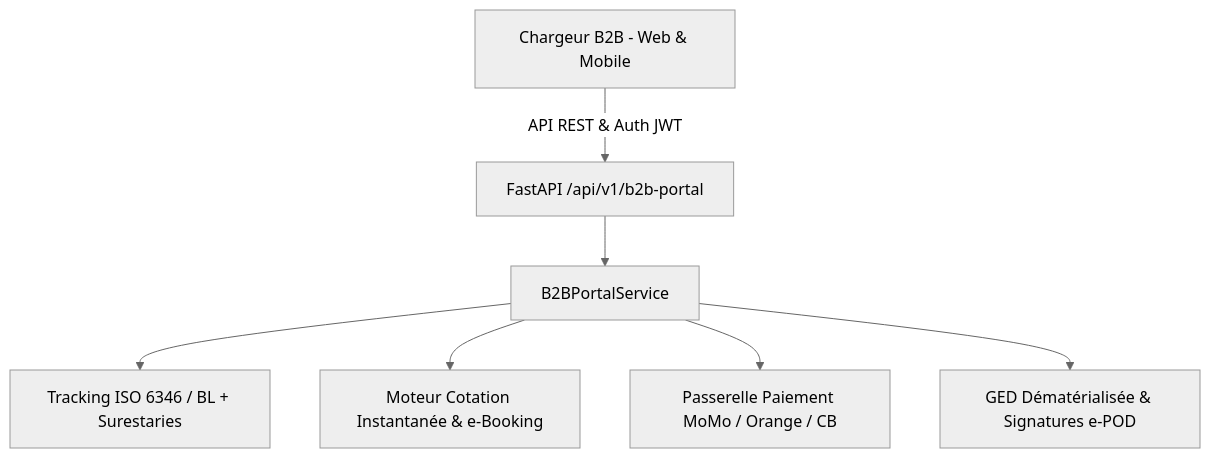
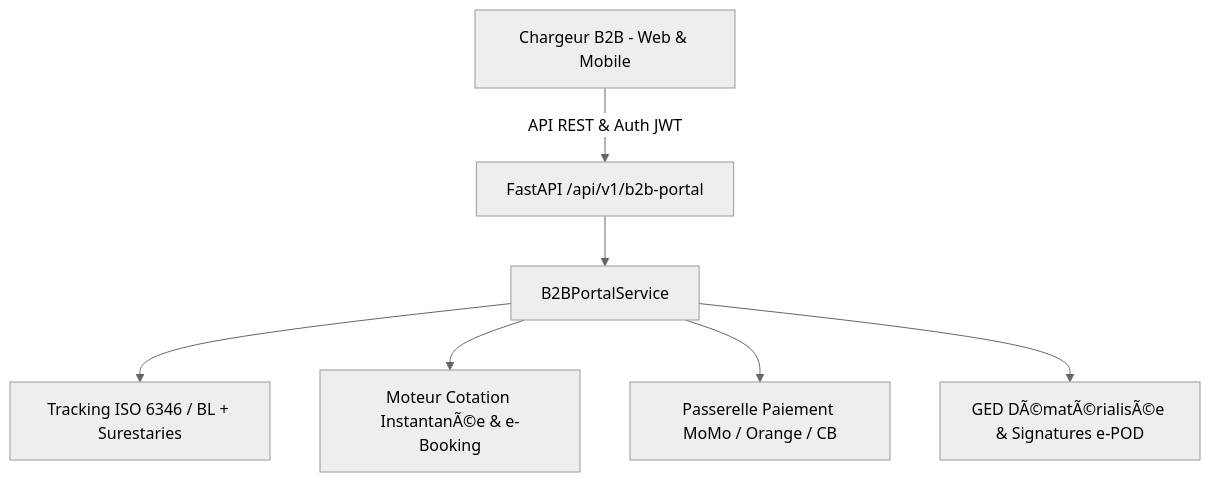
Before and after one commit to elevationchic-ux/evo-log-pro: the diagram in RAPORT_EXPERTISE_PORTAIL_CLIENT_B2B.md, drawn with Mermaid (neutral theme). The commit also changed other lines of this file and 27 other files, not shown here.

````diff
--- a/RAPORT_EXPERTISE_PORTAIL_CLIENT_B2B.md
+++ b/RAPORT_EXPERTISE_PORTAIL_CLIENT_B2B.md
@@ -63,9 +63,9 @@
 ```mermaid
 graph TD
     A[Chargeur B2B - Web & Mobile] -->|API REST & Auth JWT| B[FastAPI /api/v1/b2b-portal]
     B --> C[B2BPortalService]
     C --> D[Tracking ISO 6346 / BL + Surestaries]
-    C --> E[Moteur Cotation Instantanée & e-Booking]
+    C --> E[Moteur Cotation InstantanÃ©e & e-Booking]
     C --> F[Passerelle Paiement MoMo / Orange / CB]
-    C --> G[GED Dématérialisée & Signatures e-POD]
+    C --> G[GED DÃ©matÃ©rialisÃ©e & Signatures e-POD]
 ```
````
